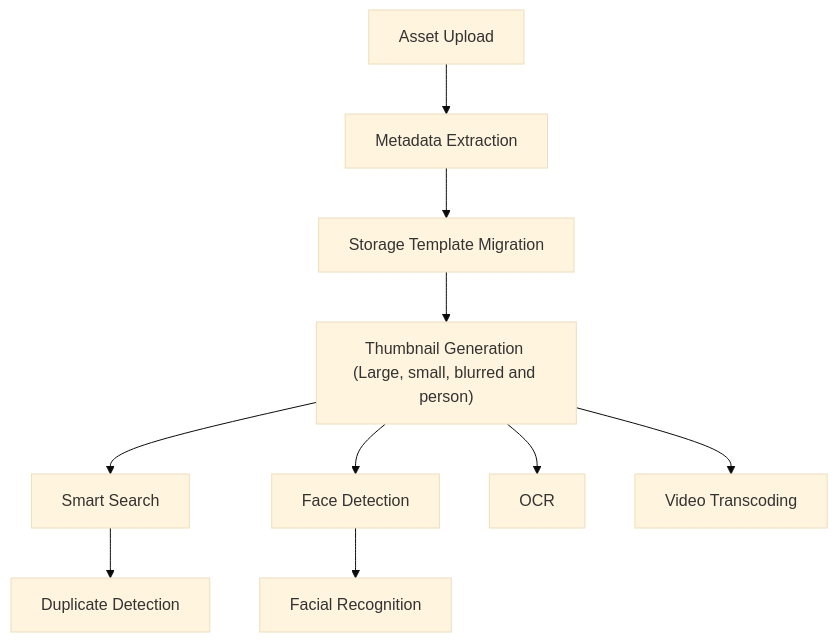
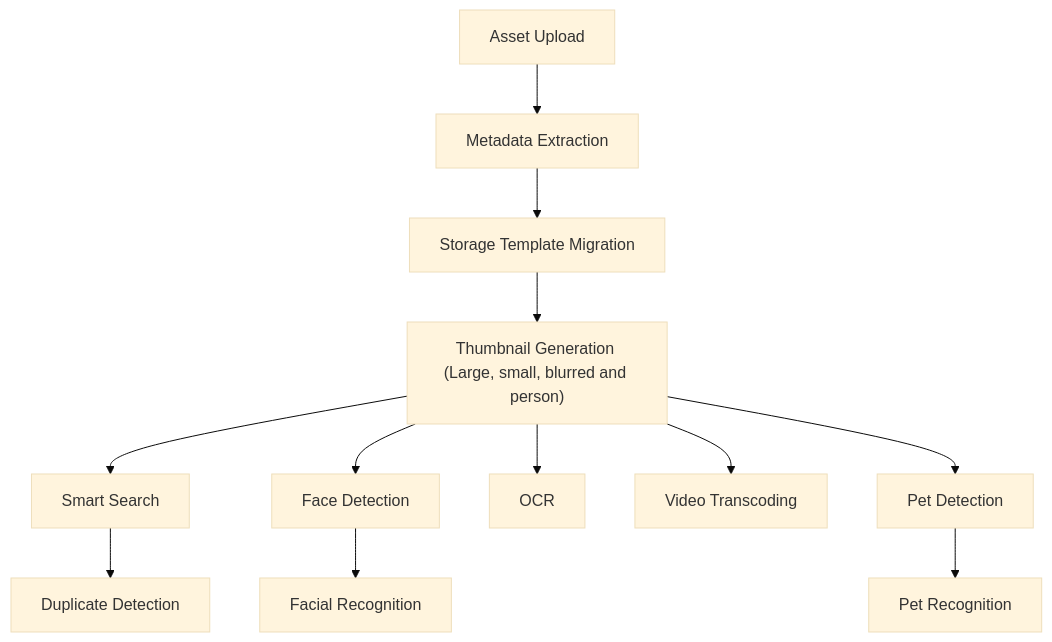
Before and after one commit to defts/gallery: the diagram in docs/docs/administration/jobs-workers.md, drawn with Mermaid (base theme). The commit also changed other lines of this file and 121 other files, not shown here.

First line of the commit message:
feat: individual pet recognition (Phase 2) (#843)

````diff
--- a/docs/docs/administration/jobs-workers.md
+++ b/docs/docs/administration/jobs-workers.md
@@ -65,12 +65,14 @@
 ```mermaid
 graph TD
     A[Asset Upload] --> B[Metadata Extraction]
     B --> C[Storage Template Migration]
     C --> D["Thumbnail Generation (Large, small, blurred and person)"]
     D --> E[Smart Search]
     D --> F[Face Detection]
     D --> G[OCR]
     D --> H[Video Transcoding]
+    D --> K[Pet Detection]
     E --> I[Duplicate Detection]
     F --> J[Facial Recognition]
+    K --> L[Pet Recognition]
 ```
````
